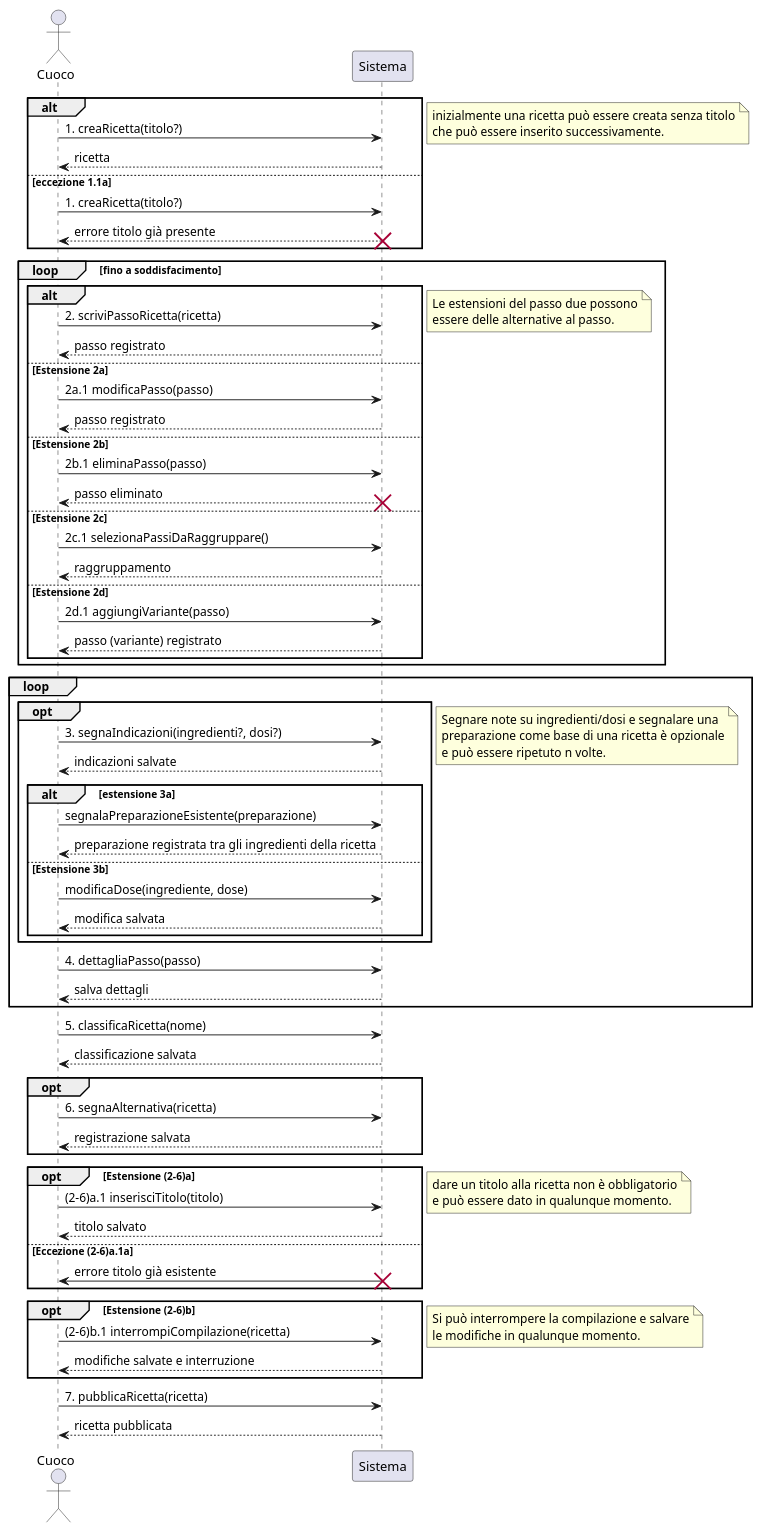
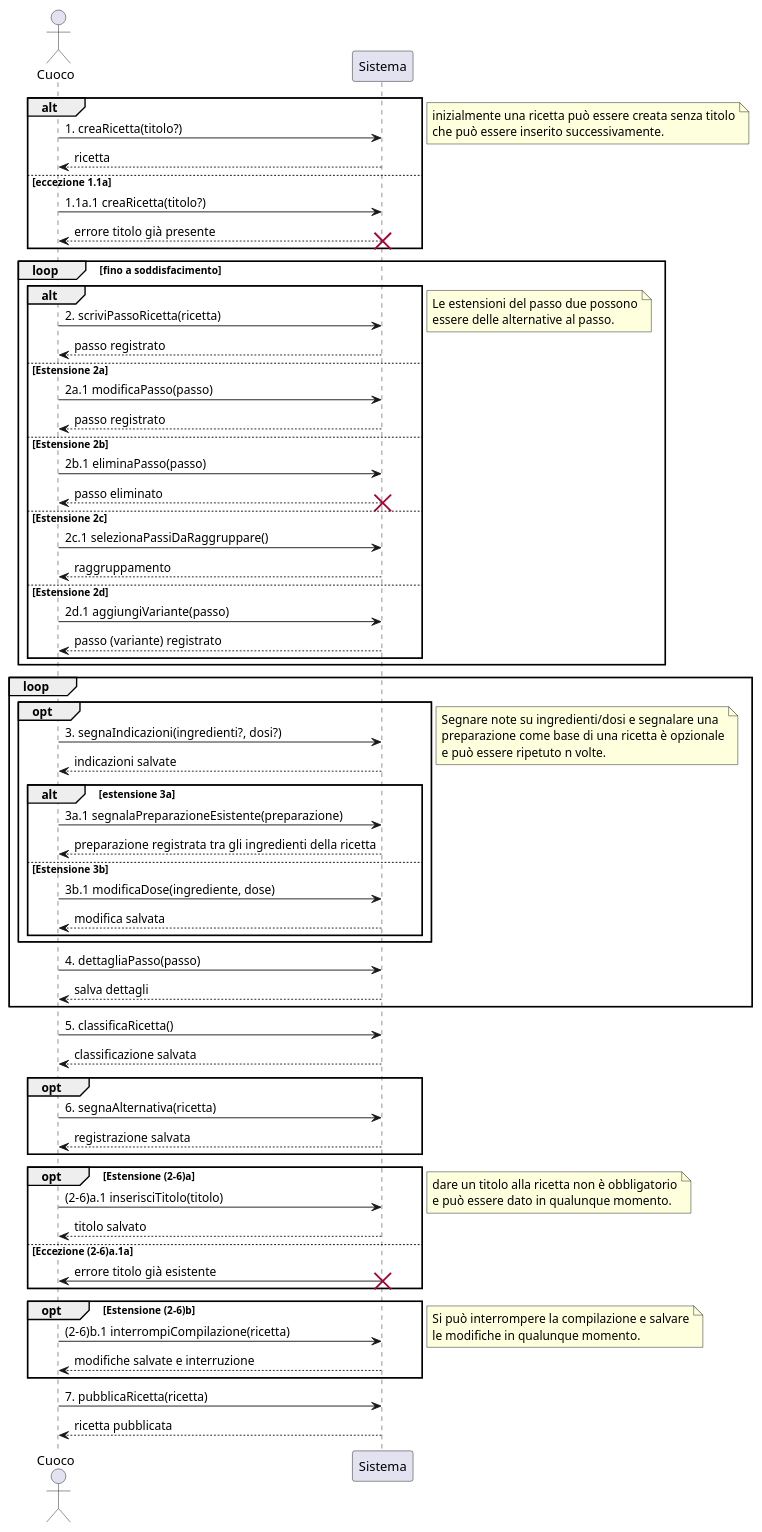
Before and after one commit to m0canu1/sas: the diagram in ssd/ssd-ricette.md, drawn with PlantUML. The commit also changed 14 other files, not shown here.

````diff
--- a/ssd/ssd-ricette.md
+++ b/ssd/ssd-ricette.md
@@ -2,83 +2,83 @@
 ```plantuml
 
 actor Cuoco
 participant Sistema
 
 alt 
 Cuoco -> Sistema : 1. creaRicetta(titolo?)
 	Sistema --> Cuoco : ricetta
 else eccezione 1.1a
-Cuoco -> Sistema : 1. creaRicetta(titolo?)
+Cuoco -> Sistema : 1.1a.1 creaRicetta(titolo?)
 	
 	Sistema --> Cuoco : errore titolo già presente
 	destroy Sistema
 end
 note right: inizialmente una ricetta può essere creata senza titolo\nche può essere inserito successivamente.
 loop fino a soddisfacimento 
 		alt 
 		Cuoco -> Sistema : 2. scriviPassoRicetta(ricetta)
 		Sistema --> Cuoco : passo registrato
 		else Estensione 2a
 			Cuoco -> Sistema: 2a.1 modificaPasso(passo)
 			Sistema --> Cuoco: passo registrato 
 		else Estensione 2b
 			Cuoco -> Sistema: 2b.1 eliminaPasso(passo)
 			Sistema --> Cuoco: passo eliminato
 			destroy Sistema 
         else Estensione 2c
             Cuoco -> Sistema: 2c.1 selezionaPassiDaRaggruppare()
             Sistema --> Cuoco: raggruppamento
         else Estensione 2d
             Cuoco -> Sistema : 2d.1 aggiungiVariante(passo)
             Sistema --> Cuoco: passo (variante) registrato
 
         end
 		note right: Le estensioni del passo due possono\nessere delle alternative al passo.
 end
 
 loop
 	opt	
 			Cuoco -> Sistema : 3. segnaIndicazioni(ingredienti?, dosi?)
 			Sistema --> Cuoco : indicazioni salvate
 			alt estensione 3a
-				Cuoco -> Sistema : segnalaPreparazioneEsistente(preparazione)
+				Cuoco -> Sistema : 3a.1 segnalaPreparazioneEsistente(preparazione)
 				Sistema --> Cuoco : preparazione registrata tra gli ingredienti della ricetta
 			else Estensione 3b
-				Cuoco -> Sistema : modificaDose(ingrediente, dose)
+				Cuoco -> Sistema : 3b.1 modificaDose(ingrediente, dose)
 				Sistema --> Cuoco: modifica salvata
 			end
 	end
 	note right: Segnare note su ingredienti/dosi e segnalare una\npreparazione come base di una ricetta è opzionale\ne può essere ripetuto n volte.
 
 	Cuoco -> Sistema : 4. dettagliaPasso(passo)
 	Sistema --> Cuoco : salva dettagli
 
 end
-Cuoco -> Sistema : 5. classificaRicetta(nome)
+Cuoco -> Sistema : 5. classificaRicetta()
 Sistema --> Cuoco : classificazione salvata
 
 opt
     Cuoco -> Sistema : 6. segnaAlternativa(ricetta)
     Sistema --> Cuoco : registrazione salvata
 end
 
 opt Estensione (2-6)a
 		Cuoco -> Sistema : (2-6)a.1 inserisciTitolo(titolo)
 		Sistema --> Cuoco: titolo salvato
 	else Eccezione (2-6)a.1a
 		Sistema -> Cuoco : errore titolo già esistente
 		destroy Sistema
 end
 note right: dare un titolo alla ricetta non è obbligatorio\ne può essere dato in qualunque momento.
 
 opt Estensione (2-6)b
 	Cuoco -> Sistema :(2-6)b.1 interrompiCompilazione(ricetta)
 	Sistema --> Cuoco : modifiche salvate e interruzione
 end
 note right: Si può interrompere la compilazione e salvare\nle modifiche in qualunque momento.
 
 Cuoco -> Sistema : 7. pubblicaRicetta(ricetta)
 Sistema --> Cuoco : ricetta pubblicata
 
 
 ```
````
